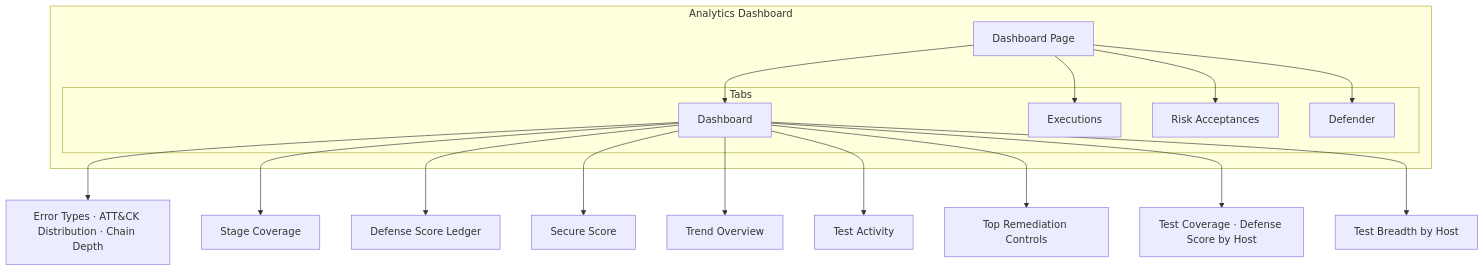
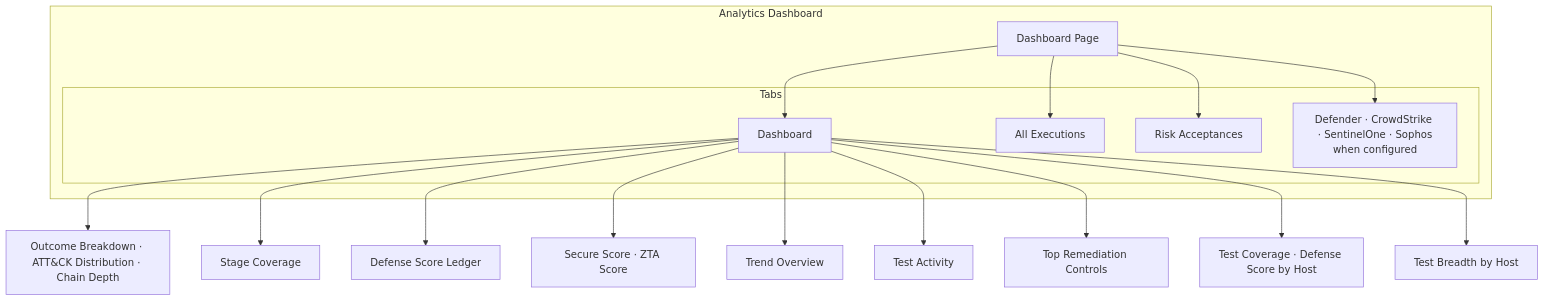
One commit to projectachilles/ProjectAchilles changed the diagram in wiki/docs/user-guide/analytics/defense-score.md. Above: the diagram before and after it, drawn with Mermaid. The commit also changed other lines of this file and 136 other files, not shown here.

````diff
--- a/wiki/docs/user-guide/analytics/defense-score.md
+++ b/wiki/docs/user-guide/analytics/defense-score.md
@@ -103,28 +103,28 @@
 ```mermaid
 graph TB
     subgraph "Analytics Dashboard"
         ADP[Dashboard Page]
 
         subgraph "Tabs"
             DT[Dashboard]
-            ET[Executions]
+            ET[All Executions]
             RT[Risk Acceptances]
-            DefT[Defender]
+            DefT[Defender · CrowdStrike · SentinelOne · Sophos<br/>when configured]
         end
     end
 
     ADP --> DT
     ADP --> ET
     ADP --> RT
     ADP --> DefT
 
-    DT --> TRIO[Error Types · ATT&CK Distribution · Chain Depth]
+    DT --> TRIO[Outcome Breakdown · ATT&CK Distribution · Chain Depth]
     DT --> STG[Stage Coverage]
     DT --> LED[Defense Score Ledger]
-    DT --> SEC[Secure Score]
+    DT --> SEC[Secure Score · ZTA Score]
     DT --> TREND[Trend Overview]
     DT --> ACT[Test Activity]
     DT --> TOP[Top Remediation Controls]
     DT --> COV[Test Coverage · Defense Score by Host]
     DT --> TREE[Test Breadth by Host]
 ```
````
